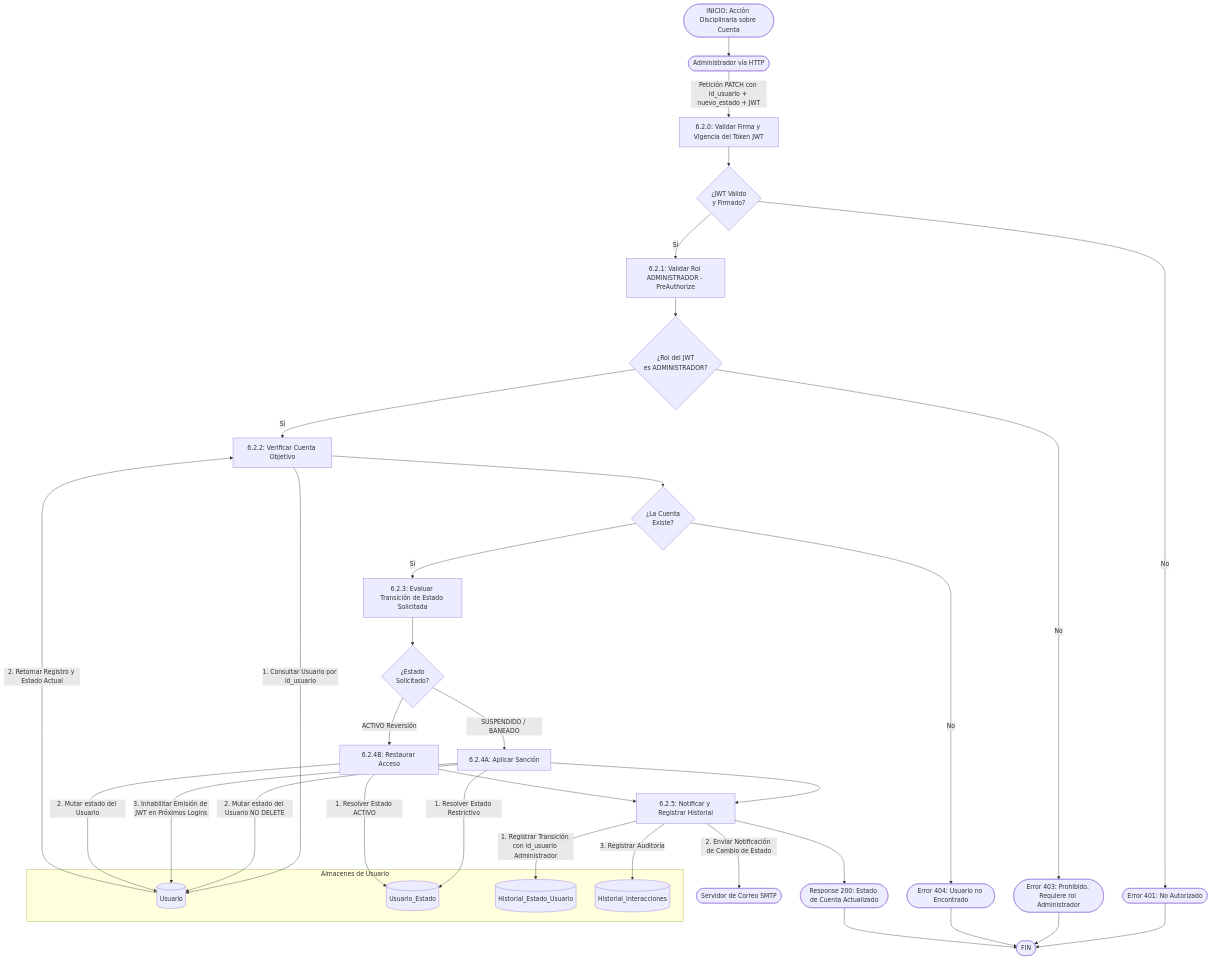
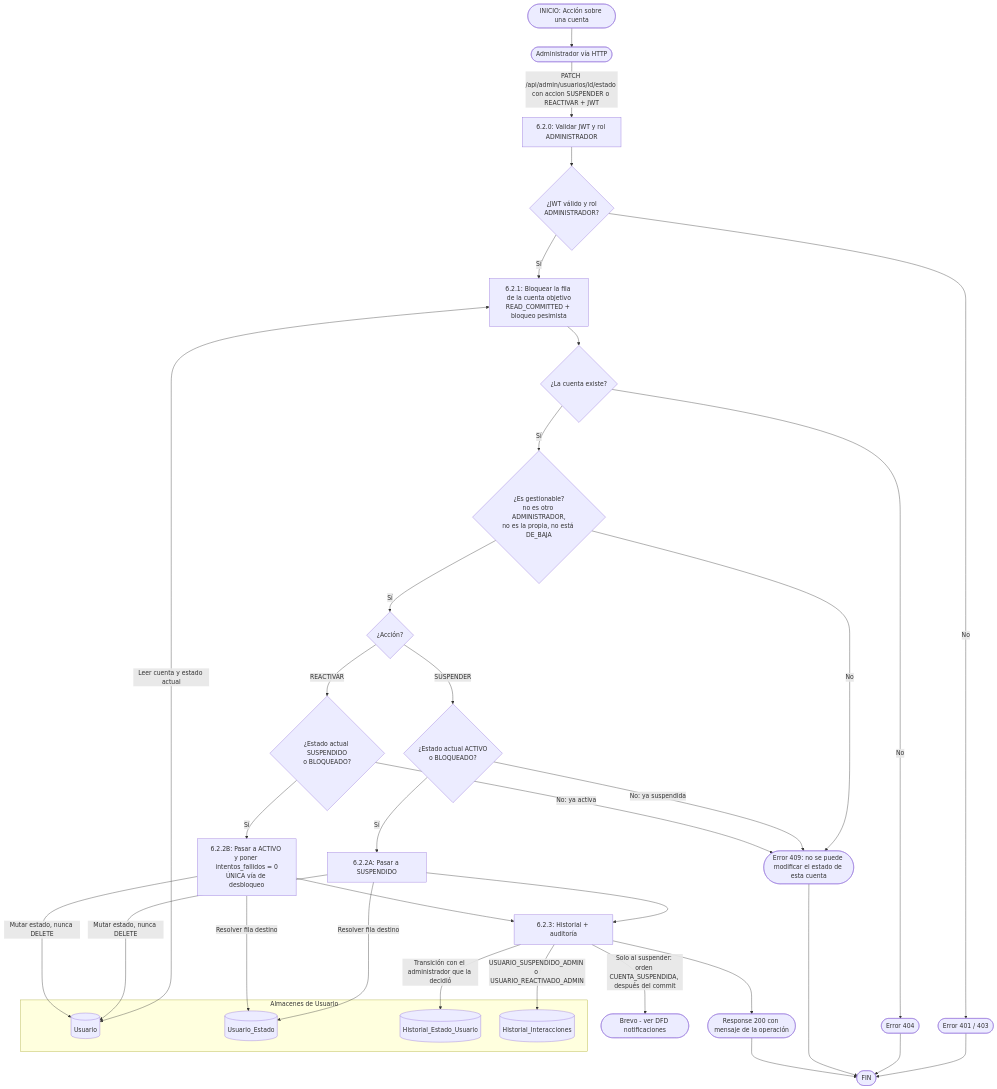
The diagram in docs/diagrams/modulo_6_admin/6.2_gestion_cuentas_usuario.md (dev-gastong/Enexia), drawn with Mermaid before and after one commit. The commit also changed other lines of this file and 37 other files, not shown here.

First line of the commit message:
Desbloqueo solo por admin, sin tope de eventos y DFD pendientes en tempDFD

````diff
--- a/docs/diagrams/modulo_6_admin/6.2_gestion_cuentas_usuario.md
+++ b/docs/diagrams/modulo_6_admin/6.2_gestion_cuentas_usuario.md
@@ -1,58 +5,47 @@
 ```mermaid
 graph TD
-    %% Punto de Inicio Único
-    INICIO([INICIO: Acción Disciplinaria sobre Cuenta]) --> Admin([Administrador vía HTTP])
-    Admin -->|Petición PATCH con id_usuario + nuevo_estado + JWT| P6_2_0[6.2.0: Validar Firma y Vigencia del Token JWT]
+    INICIO([INICIO: Acción sobre una cuenta]) --> Admin([Administrador vía HTTP])
+    Admin -->|PATCH /api/admin/usuarios/id/estado con accion SUSPENDER o REACTIVAR + JWT| P6_2_0[6.2.0: Validar JWT y rol ADMINISTRADOR]
 
-    %% Almacenes de Datos
     subgraph Almacenes de Usuario
         D1_Usr[(Usuario)]
         D1_UsrEst[(Usuario_Estado)]
         D1_Hist[(Historial_Estado_Usuario)]
         D6_Logs[(Historial_Interacciones)]
     end
+    Email_Sys([Brevo - ver DFD notificaciones])
 
-    Email_Sys([Servidor de Correo SMTP])
+    P6_2_0 --> C_Token{¿JWT válido y rol<br>ADMINISTRADOR?}
+    C_Token -->|No| Err_Auth([Error 401 / 403])
+    C_Token -->|Sí| P6_2_1[6.2.1: Bloquear la fila de la cuenta objetivo<br>READ_COMMITTED + bloqueo pesimista]
+    P6_2_1 <-->|Leer cuenta y estado actual| D1_Usr
+    P6_2_1 --> C_Existe{¿La cuenta existe?}
+    C_Existe -->|No| Err_404([Error 404])
+    C_Existe -->|Sí| C_Gest{¿Es gestionable?<br>no es otro ADMINISTRADOR,<br>no es la propia, no está DE_BAJA}
+    C_Gest -->|No| Err_409([Error 409: no se puede modificar el estado de esta cuenta])
+    C_Gest -->|Sí| C_Accion{¿Acción?}
 
-    %% 0. AUTENTICACIÓN Y RBAC
-    P6_2_0 --> C_Token{¿JWT Válido<br>y Firmado?}
-    C_Token -->|No| Err_Auth([Error 401: No Autorizado])
-    C_Token -->|Sí| P6_2_1[6.2.1: Validar Rol ADMINISTRADOR - PreAuthorize]
+    C_Accion -->|SUSPENDER| C_OrigenS{¿Estado actual ACTIVO<br>o BLOQUEADO?}
+    C_OrigenS -->|No: ya suspendida| Err_409
+    C_OrigenS -->|Sí| P6_2_2A[6.2.2A: Pasar a SUSPENDIDO]
 
-    P6_2_1 --> C_Rol{¿Rol del JWT<br>es ADMINISTRADOR?}
-    C_Rol -->|No| Err_Forbidden([Error 403: Prohibido. Requiere rol Administrador])
-    C_Rol -->|Sí| P6_2_2[6.2.2: Verificar Cuenta Objetivo]
+    C_Accion -->|REACTIVAR| C_OrigenR{¿Estado actual SUSPENDIDO<br>o BLOQUEADO?}
+    C_OrigenR -->|No: ya activa| Err_409
+    C_OrigenR -->|Sí| P6_2_2B[6.2.2B: Pasar a ACTIVO y poner intentos_fallidos = 0<br>ÚNICA vía de desbloqueo]
 
-    %% 1. VALIDACIÓN DE PRECONDICIÓN
-    P6_2_2 -->|1. Consultar Usuario por id_usuario| D1_Usr
-    D1_Usr -->|2. Retornar Registro y Estado Actual| P6_2_2
-    P6_2_2 --> C_Existe{¿La Cuenta<br>Existe?}
-    C_Existe -->|No| Err_404([Error 404: Usuario no Encontrado])
-    C_Existe -->|Sí| P6_2_3[6.2.3: Evaluar Transición de Estado Solicitada]
+    P6_2_2A -->|Resolver fila destino| D1_UsrEst
+    P6_2_2B -->|Resolver fila destino| D1_UsrEst
+    P6_2_2A -->|Mutar estado, nunca DELETE| D1_Usr
+    P6_2_2B -->|Mutar estado, nunca DELETE| D1_Usr
+    P6_2_2A --> P6_2_3[6.2.3: Historial + auditoría]
+    P6_2_2B --> P6_2_3
+    P6_2_3 -->|Transición con el administrador que la decidió| D1_Hist
+    P6_2_3 -->|USUARIO_SUSPENDIDO_ADMIN o USUARIO_REACTIVADO_ADMIN| D6_Logs
+    P6_2_3 -->|Solo al suspender: orden CUENTA_SUSPENDIDA, después del commit| Email_Sys
+    P6_2_3 --> Ok([Response 200 con mensaje de la operación])
 
-    %% 2. BIFURCACIÓN DE ESTADOS
-    P6_2_3 --> C_NuevoEstado{¿Estado<br>Solicitado?}
-
-    C_NuevoEstado -->|SUSPENDIDO / BANEADO| P6_2_4A[6.2.4A: Aplicar Sanción]
-    P6_2_4A -->|1. Resolver Estado Restrictivo| D1_UsrEst
-    P6_2_4A -->|2. Mutar estado del Usuario NO DELETE| D1_Usr
-    P6_2_4A -->|3. Inhabilitar Emisión de JWT en Próximos Logins| D1_Usr
-    P6_2_4A --> P6_2_5[6.2.5: Notificar y Registrar Historial]
-
-    C_NuevoEstado -->|ACTIVO Reversión| P6_2_4B[6.2.4B: Restaurar Acceso]
-    P6_2_4B -->|1. Resolver Estado ACTIVO| D1_UsrEst
-    P6_2_4B -->|2. Mutar estado del Usuario| D1_Usr
-    P6_2_4B --> P6_2_5
-
-    %% 3. NOTIFICACIÓN Y AUDITORÍA
-    P6_2_5 -->|1. Registrar Transición con id_usuario Administrador| D1_Hist
-    P6_2_5 -->|2. Enviar Notificación de Cambio de Estado| Email_Sys
-    P6_2_5 -->|3. Registrar Auditoría| D6_Logs
-    P6_2_5 --> Success_Cambio([Response 200: Estado de Cuenta Actualizado])
-
-    %% Unificación de Salidas (Punto de Fin Único)
     Err_Auth --> FIN([FIN])
-    Err_Forbidden --> FIN
     Err_404 --> FIN
-    Success_Cambio --> FIN
+    Err_409 --> FIN
+    Ok --> FIN
 ```
````
